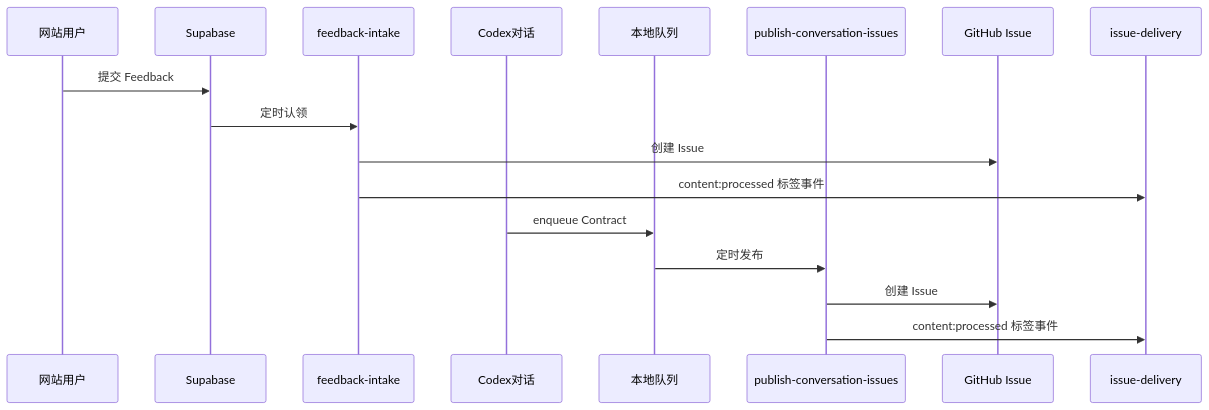
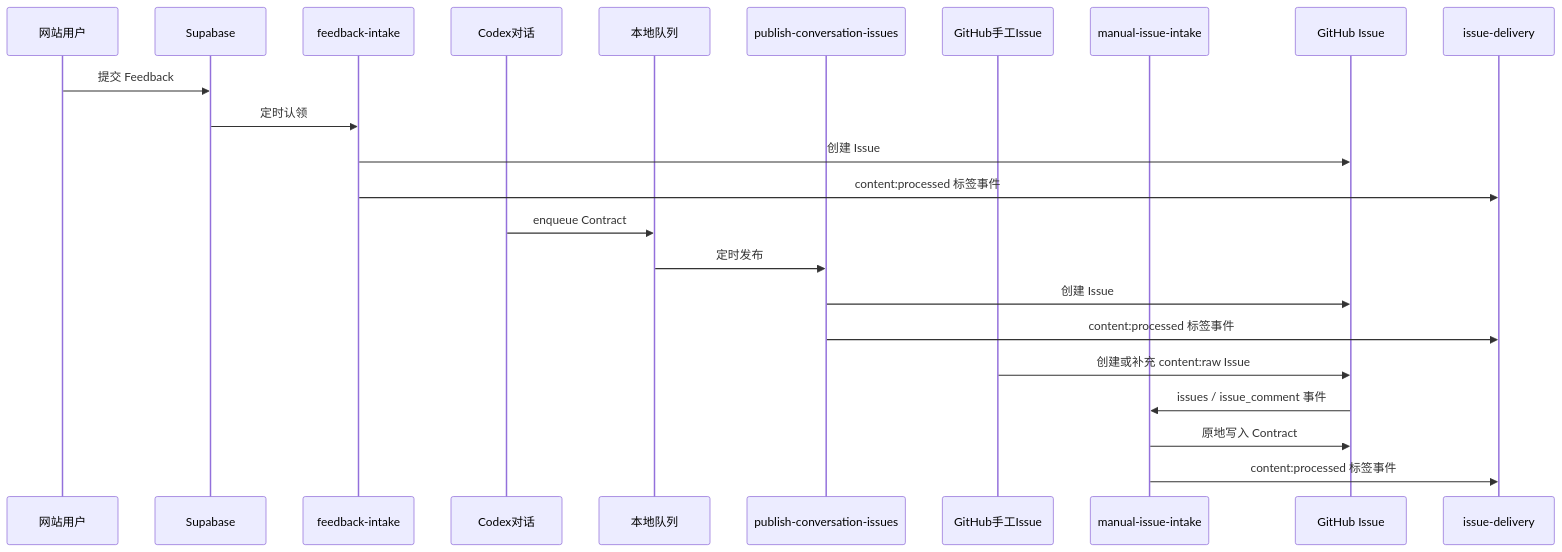
The second of 2 diagrams in .github/workflows/README.md (liuzhuang/signalpatch), drawn with Mermaid before and after one commit. The commit also changed other lines of this file and 26 other files, not shown here.

Commit message:
feat: trigger manual intake from issue events (#28)

````diff
--- a/.github/workflows/README.md
+++ b/.github/workflows/README.md
@@ -258,21 +262,28 @@
 ```mermaid
 sequenceDiagram
   participant User as 网站用户
   participant SB as Supabase
   participant FI as feedback-intake
   participant Codex as Codex对话
   participant PQ as 本地队列
   participant PC as publish-conversation-issues
+  participant Manual as GitHub手工Issue
+  participant MI as manual-issue-intake
   participant GH as GitHub Issue
   participant ID as issue-delivery
 
   User->>SB: 提交 Feedback
   SB->>FI: 定时认领
   FI->>GH: 创建 Issue
   FI->>ID: content:processed 标签事件
 
   Codex->>PQ: enqueue Contract
   PQ->>PC: 定时发布
   PC->>GH: 创建 Issue
   PC->>ID: content:processed 标签事件
+
+  Manual->>GH: 创建或补充 content:raw Issue
+  GH->>MI: issues / issue_comment 事件
+  MI->>GH: 原地写入 Contract
+  MI->>ID: content:processed 标签事件
 ```
````
